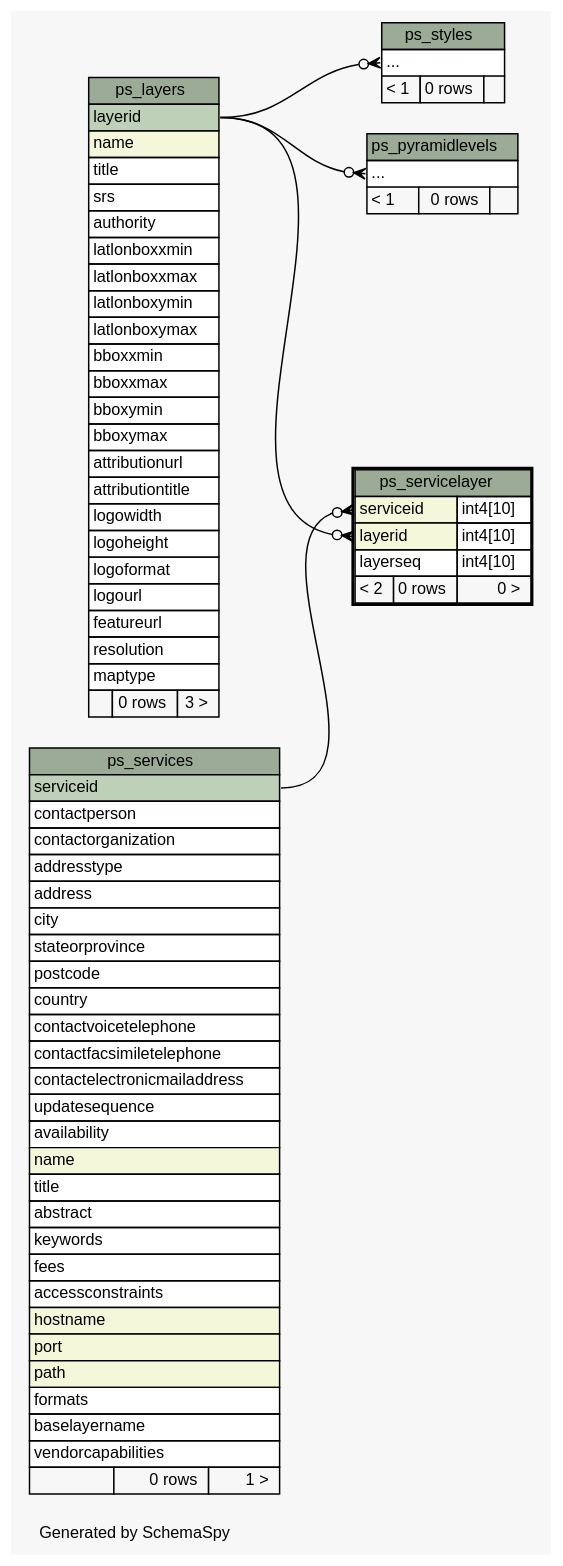
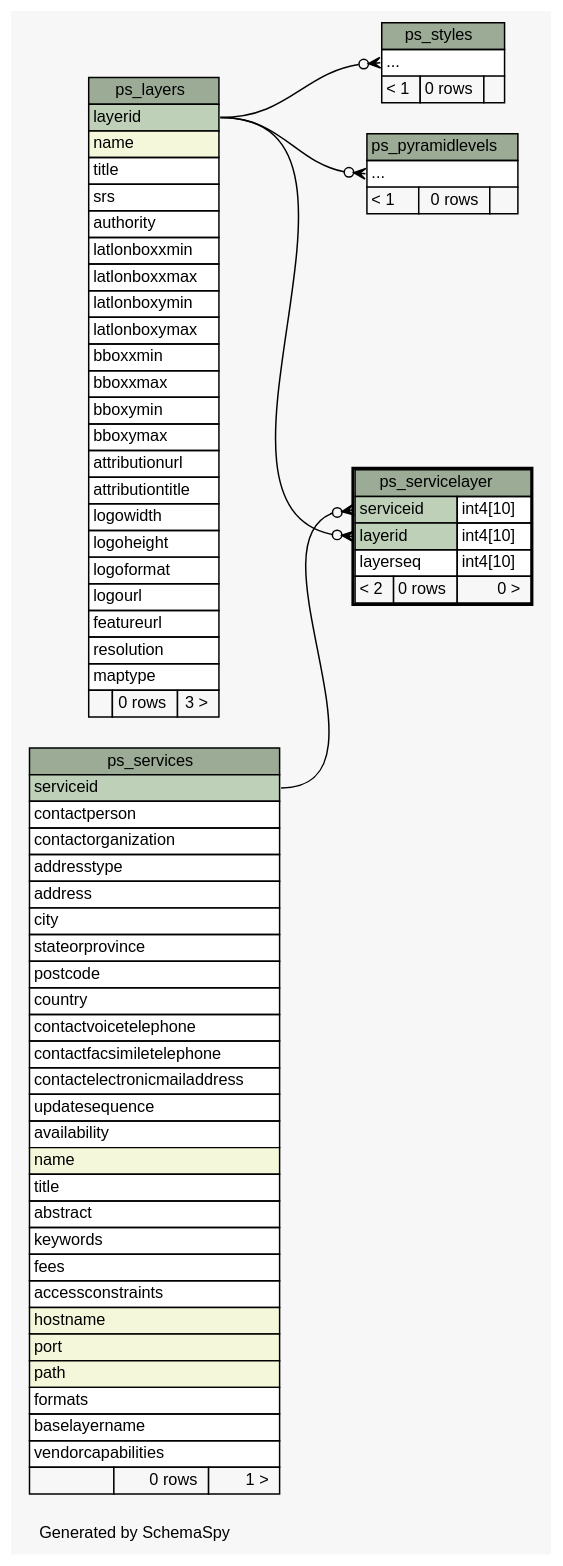
The diagram in manuals_and_examples/manuals/doc-petascope/dbschema/schema/diagrams/ps_servicelayer.2degrees.dot (kalxas/rasdaman), drawn with Graphviz before and after one commit. The commit also changed 173 other files, not shown here.

Commit message:
ticket:567 - Update SchemaSpy documentation to include petascopedb updates #9 to #13.

```diff
--- a/manuals_and_examples/manuals/doc-petascope/dbschema/schema/diagrams/ps_servicelayer.2degrees.dot
+++ b/manuals_and_examples/manuals/doc-petascope/dbschema/schema/diagrams/ps_servicelayer.2degrees.dot
@@ -1,124 +1,124 @@
-// dot 2.26.3 on Linux 3.2.0-58-generic
+// dot 2.26.3 on Linux 3.2.0-65-generic
 // SchemaSpy rev 590
 digraph "twoDegreesRelationshipsDiagram" {
   graph [
     rankdir="RL"
     bgcolor="#f7f7f7"
     label="\nGenerated by SchemaSpy"
     labeljust="l"
     nodesep="0.18"
     ranksep="0.46"
     fontname="Helvetica"
     fontsize="11"
   ];
   node [
     fontname="Helvetica"
     fontsize="11"
     shape="plaintext"
   ];
   edge [
     arrowsize="0.8"
   ];
   "ps_pyramidlevels":"elipses":w -> "ps_layers":"layerid":e [arrowhead=none dir=back arrowtail=crowodot];
   "ps_servicelayer":"layerid":w -> "ps_layers":"layerid":e [arrowhead=none dir=back arrowtail=crowodot];
   "ps_servicelayer":"serviceid":w -> "ps_services":"serviceid":e [arrowhead=none dir=back arrowtail=crowodot];
   "ps_styles":"elipses":w -> "ps_layers":"layerid":e [arrowhead=none dir=back arrowtail=crowodot];
   "ps_layers" [
     label=<
     <TABLE BORDER="0" CELLBORDER="1" CELLSPACING="0" BGCOLOR="#ffffff">
       <TR><TD COLSPAN="3" BGCOLOR="#9bab96" ALIGN="CENTER">ps_layers</TD></TR>
       <TR><TD PORT="layerid" COLSPAN="3" BGCOLOR="#bed1b8" ALIGN="LEFT">layerid</TD></TR>
       <TR><TD PORT="name" COLSPAN="3" BGCOLOR="#f4f7da" ALIGN="LEFT">name</TD></TR>
       <TR><TD PORT="title" COLSPAN="3" ALIGN="LEFT">title</TD></TR>
       <TR><TD PORT="srs" COLSPAN="3" ALIGN="LEFT">srs</TD></TR>
       <TR><TD PORT="authority" COLSPAN="3" ALIGN="LEFT">authority</TD></TR>
       <TR><TD PORT="latlonboxxmin" COLSPAN="3" ALIGN="LEFT">latlonboxxmin</TD></TR>
       <TR><TD PORT="latlonboxxmax" COLSPAN="3" ALIGN="LEFT">latlonboxxmax</TD></TR>
       <TR><TD PORT="latlonboxymin" COLSPAN="3" ALIGN="LEFT">latlonboxymin</TD></TR>
       <TR><TD PORT="latlonboxymax" COLSPAN="3" ALIGN="LEFT">latlonboxymax</TD></TR>
       <TR><TD PORT="bboxxmin" COLSPAN="3" ALIGN="LEFT">bboxxmin</TD></TR>
       <TR><TD PORT="bboxxmax" COLSPAN="3" ALIGN="LEFT">bboxxmax</TD></TR>
       <TR><TD PORT="bboxymin" COLSPAN="3" ALIGN="LEFT">bboxymin</TD></TR>
       <TR><TD PORT="bboxymax" COLSPAN="3" ALIGN="LEFT">bboxymax</TD></TR>
       <TR><TD PORT="attributionurl" COLSPAN="3" ALIGN="LEFT">attributionurl</TD></TR>
       <TR><TD PORT="attributiontitle" COLSPAN="3" ALIGN="LEFT">attributiontitle</TD></TR>
       <TR><TD PORT="logowidth" COLSPAN="3" ALIGN="LEFT">logowidth</TD></TR>
       <TR><TD PORT="logoheight" COLSPAN="3" ALIGN="LEFT">logoheight</TD></TR>
       <TR><TD PORT="logoformat" COLSPAN="3" ALIGN="LEFT">logoformat</TD></TR>
       <TR><TD PORT="logourl" COLSPAN="3" ALIGN="LEFT">logourl</TD></TR>
       <TR><TD PORT="featureurl" COLSPAN="3" ALIGN="LEFT">featureurl</TD></TR>
       <TR><TD PORT="resolution" COLSPAN="3" ALIGN="LEFT">resolution</TD></TR>
       <TR><TD PORT="maptype" COLSPAN="3" ALIGN="LEFT">maptype</TD></TR>
       <TR><TD ALIGN="LEFT" BGCOLOR="#f7f7f7">  </TD><TD ALIGN="RIGHT" BGCOLOR="#f7f7f7">0 rows</TD><TD ALIGN="RIGHT" BGCOLOR="#f7f7f7">3 &gt;</TD></TR>
     </TABLE>>
     URL="ps_layers.html"
     tooltip="ps_layers"
   ];
   "ps_pyramidlevels" [
     label=<
     <TABLE BORDER="0" CELLBORDER="1" CELLSPACING="0" BGCOLOR="#ffffff">
       <TR><TD COLSPAN="3" BGCOLOR="#9bab96" ALIGN="CENTER">ps_pyramidlevels</TD></TR>
       <TR><TD PORT="elipses" COLSPAN="3" ALIGN="LEFT">...</TD></TR>
       <TR><TD ALIGN="LEFT" BGCOLOR="#f7f7f7">&lt; 1</TD><TD ALIGN="RIGHT" BGCOLOR="#f7f7f7">0 rows</TD><TD ALIGN="RIGHT" BGCOLOR="#f7f7f7">  </TD></TR>
     </TABLE>>
     URL="ps_pyramidlevels.html"
     tooltip="ps_pyramidlevels"
   ];
   "ps_servicelayer" [
     label=<
     <TABLE BORDER="2" CELLBORDER="1" CELLSPACING="0" BGCOLOR="#ffffff">
       <TR><TD COLSPAN="3" BGCOLOR="#9bab96" ALIGN="CENTER">ps_servicelayer</TD></TR>
-      <TR><TD PORT="serviceid" COLSPAN="2" BGCOLOR="#f4f7da" ALIGN="LEFT">serviceid</TD><TD PORT="serviceid.type" ALIGN="LEFT">int4[10]</TD></TR>
-      <TR><TD PORT="layerid" COLSPAN="2" BGCOLOR="#f4f7da" ALIGN="LEFT">layerid</TD><TD PORT="layerid.type" ALIGN="LEFT">int4[10]</TD></TR>
+      <TR><TD PORT="serviceid" COLSPAN="2" BGCOLOR="#bed1b8" ALIGN="LEFT">serviceid</TD><TD PORT="serviceid.type" ALIGN="LEFT">int4[10]</TD></TR>
+      <TR><TD PORT="layerid" COLSPAN="2" BGCOLOR="#bed1b8" ALIGN="LEFT">layerid</TD><TD PORT="layerid.type" ALIGN="LEFT">int4[10]</TD></TR>
       <TR><TD PORT="layerseq" COLSPAN="2" ALIGN="LEFT">layerseq</TD><TD PORT="layerseq.type" ALIGN="LEFT">int4[10]</TD></TR>
       <TR><TD ALIGN="LEFT" BGCOLOR="#f7f7f7">&lt; 2</TD><TD ALIGN="RIGHT" BGCOLOR="#f7f7f7">0 rows</TD><TD ALIGN="RIGHT" BGCOLOR="#f7f7f7">0 &gt;</TD></TR>
     </TABLE>>
     URL="ps_servicelayer.html"
     tooltip="ps_servicelayer"
   ];
   "ps_services" [
     label=<
     <TABLE BORDER="0" CELLBORDER="1" CELLSPACING="0" BGCOLOR="#ffffff">
       <TR><TD COLSPAN="3" BGCOLOR="#9bab96" ALIGN="CENTER">ps_services</TD></TR>
       <TR><TD PORT="serviceid" COLSPAN="3" BGCOLOR="#bed1b8" ALIGN="LEFT">serviceid</TD></TR>
       <TR><TD PORT="contactperson" COLSPAN="3" ALIGN="LEFT">contactperson</TD></TR>
       <TR><TD PORT="contactorganization" COLSPAN="3" ALIGN="LEFT">contactorganization</TD></TR>
       <TR><TD PORT="addresstype" COLSPAN="3" ALIGN="LEFT">addresstype</TD></TR>
       <TR><TD PORT="address" COLSPAN="3" ALIGN="LEFT">address</TD></TR>
       <TR><TD PORT="city" COLSPAN="3" ALIGN="LEFT">city</TD></TR>
       <TR><TD PORT="stateorprovince" COLSPAN="3" ALIGN="LEFT">stateorprovince</TD></TR>
       <TR><TD PORT="postcode" COLSPAN="3" ALIGN="LEFT">postcode</TD></TR>
       <TR><TD PORT="country" COLSPAN="3" ALIGN="LEFT">country</TD></TR>
       <TR><TD PORT="contactvoicetelephone" COLSPAN="3" ALIGN="LEFT">contactvoicetelephone</TD></TR>
       <TR><TD PORT="contactfacsimiletelephone" COLSPAN="3" ALIGN="LEFT">contactfacsimiletelephone</TD></TR>
       <TR><TD PORT="contactelectronicmailaddress" COLSPAN="3" ALIGN="LEFT">contactelectronicmailaddress</TD></TR>
       <TR><TD PORT="updatesequence" COLSPAN="3" ALIGN="LEFT">updatesequence</TD></TR>
       <TR><TD PORT="availability" COLSPAN="3" ALIGN="LEFT">availability</TD></TR>
       <TR><TD PORT="name" COLSPAN="3" BGCOLOR="#f4f7da" ALIGN="LEFT">name</TD></TR>
       <TR><TD PORT="title" COLSPAN="3" ALIGN="LEFT">title</TD></TR>
       <TR><TD PORT="abstract" COLSPAN="3" ALIGN="LEFT">abstract</TD></TR>
       <TR><TD PORT="keywords" COLSPAN="3" ALIGN="LEFT">keywords</TD></TR>
       <TR><TD PORT="fees" COLSPAN="3" ALIGN="LEFT">fees</TD></TR>
       <TR><TD PORT="accessconstraints" COLSPAN="3" ALIGN="LEFT">accessconstraints</TD></TR>
       <TR><TD PORT="hostname" COLSPAN="3" BGCOLOR="#f4f7da" ALIGN="LEFT">hostname</TD></TR>
       <TR><TD PORT="port" COLSPAN="3" BGCOLOR="#f4f7da" ALIGN="LEFT">port</TD></TR>
       <TR><TD PORT="path" COLSPAN="3" BGCOLOR="#f4f7da" ALIGN="LEFT">path</TD></TR>
       <TR><TD PORT="formats" COLSPAN="3" ALIGN="LEFT">formats</TD></TR>
       <TR><TD PORT="baselayername" COLSPAN="3" ALIGN="LEFT">baselayername</TD></TR>
       <TR><TD PORT="vendorcapabilities" COLSPAN="3" ALIGN="LEFT">vendorcapabilities</TD></TR>
       <TR><TD ALIGN="LEFT" BGCOLOR="#f7f7f7">  </TD><TD ALIGN="RIGHT" BGCOLOR="#f7f7f7">0 rows</TD><TD ALIGN="RIGHT" BGCOLOR="#f7f7f7">1 &gt;</TD></TR>
     </TABLE>>
     URL="ps_services.html"
     tooltip="ps_services"
   ];
   "ps_styles" [
     label=<
     <TABLE BORDER="0" CELLBORDER="1" CELLSPACING="0" BGCOLOR="#ffffff">
       <TR><TD COLSPAN="3" BGCOLOR="#9bab96" ALIGN="CENTER">ps_styles</TD></TR>
       <TR><TD PORT="elipses" COLSPAN="3" ALIGN="LEFT">...</TD></TR>
       <TR><TD ALIGN="LEFT" BGCOLOR="#f7f7f7">&lt; 1</TD><TD ALIGN="RIGHT" BGCOLOR="#f7f7f7">0 rows</TD><TD ALIGN="RIGHT" BGCOLOR="#f7f7f7">  </TD></TR>
     </TABLE>>
     URL="ps_styles.html"
     tooltip="ps_styles"
   ];
 }
```
